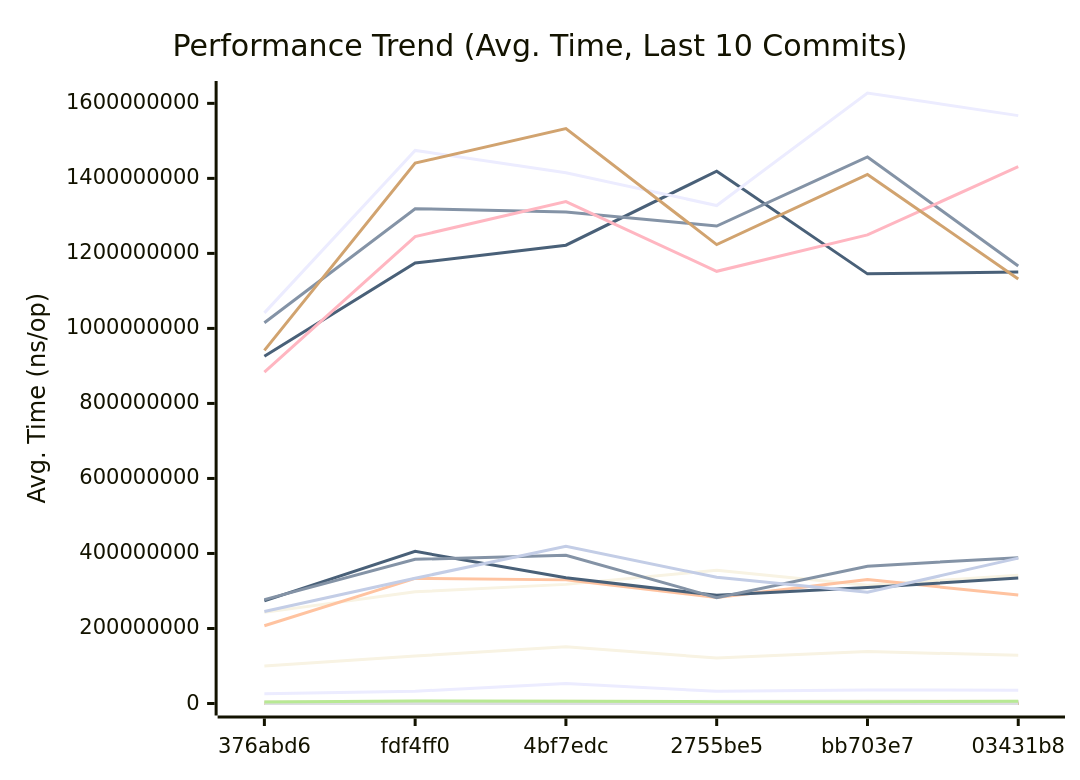
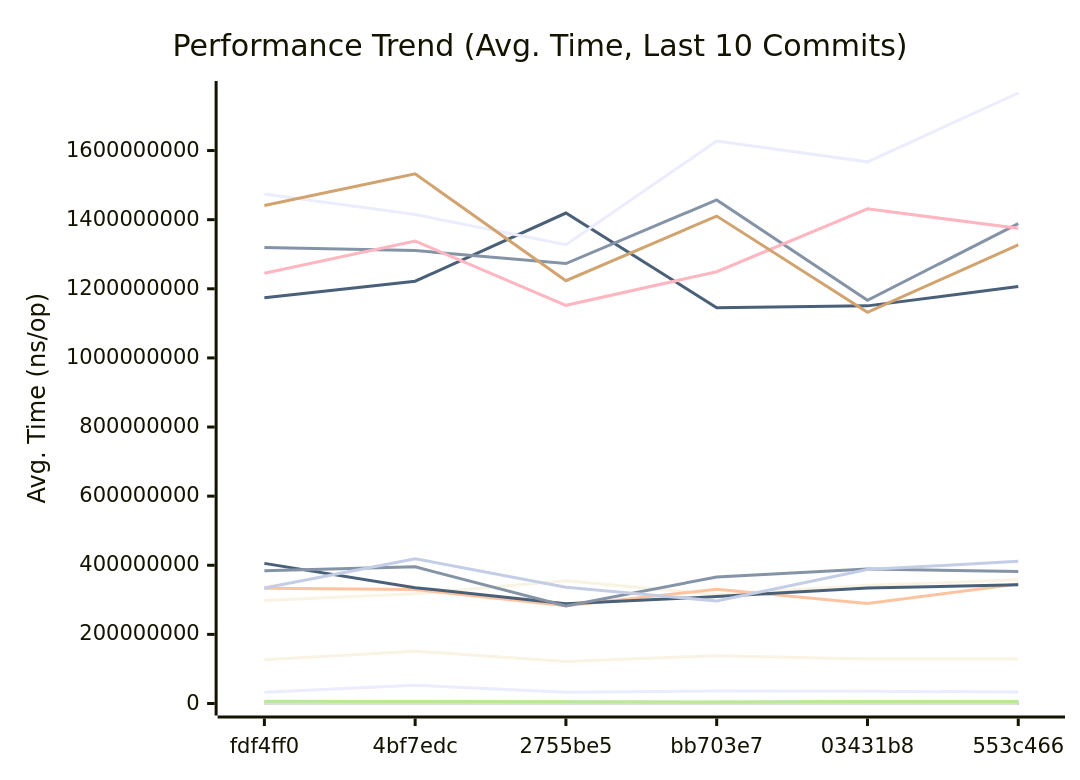
Before and after one commit to alsotoes/momo: the first of 3 diagrams in docs/PERFORMANCE.md, drawn with Mermaid. The commit also changed other lines of this file and 2 other files, not shown here.

````diff
--- a/docs/PERFORMANCE.md
+++ b/docs/PERFORMANCE.md
@@ -260,44 +260,44 @@
 ```mermaid
 xychart-beta
     title "Performance Trend (Avg. Time, Last 10 Commits)"
     x-axis "Commit"
     y-axis "Avg. Time (ns/op)"
-    x-axis [376abd6,fdf4ff0,4bf7edc,2755be5,bb703e7,03431b8]
-    line "AWSChunkedReaderSigned" [535625,618041,521824,584439,539275,522839,619200,756300,663569,620161]
-    line "AWSChunkedReaderUnsigned" [479460,573661,451522,611665,550355,604498,664009,703433,611889,631352]
-    line "CheckMetricsAndSwap" [10,10,17,10,11,10,10,12,13,11]
-    line "CrushOptimized" [320,458,539,432,471,405,485,513,528,381]
-    line "CrushOriginal" [407,633,730,712,650,699,646,673,697,599]
-    line "FormatListObjectsV2XML_AppendFormat" [627648,848928,1046717,799795,1039816,911991,1056478,1286421,1165434,922011]
-    line "FormatListObjectsV2XML_OldFormat" [408457,535755,745142,464905,458449,554255,545961,720703,674915,518253]
-    line "HashBytes/1MiB" [3592333,5110585,4751175,5064237,4383380,5547571,5240058,5525510,5093044,3747347]
-    line "HashBytes/256MiB" [925707610,1174333367,1221858506,1419279092,1145420213,1150583944,1206314796,1415065243,1121544781,1441434671]
-    line "HashBytes/64MiB" [242948441,297766074,317593619,355000134,315394868,341933076,357748084,272405322,277104353,321801782]
-    line "HashFile/1MiB" [3350950,4950193,5129547,5747827,5999828,5183292,5520031,4909353,4510294,6901410]
-    line "HashFile/256MiB" [1015211606,1319192441,1310601572,1273023822,1457159370,1166573869,1388569817,1761951053,1416186973,1274613971]
-    line "HashFile/64MiB" [207167851,333549904,329592825,282613785,330397537,289173153,345945889,348425613,343417056,354037155]
-    line "IndexDirectTracking" [0,1,1,0,0,1,1,1,1,1]
-    line "IndexSearch" [2,2,5,4,3,3,4,4,4,4]
-    line "LastModifiedHeader_AppendFormat" [228,286,252,340,415,345,364,441,320,312]
-    line "LastModifiedHeader_Format" [285,385,350,398,514,394,431,520,582,394]
-    line "LoadGlobalConfig" [8921,13356,14511,16366,13776,15095,13488,14097,14525,12164]
-    line "LocalWrite/1MiB" [431598,526423,795470,552166,778898,525512,577002,644852,573249,584326]
-    line "LocalWrite/256MiB" [100079806,126435842,151118283,121284509,138380852,128601282,128702495,161190175,125958619,133440934]
-    line "LocalWrite/64MiB" [25874779,32839259,53059327,32531111,36029215,35542782,33119476,44891953,35402077,33399170]
-    line "PadString" [53,71,49,70,69,64,70,76,63,80]
+    x-axis [fdf4ff0,4bf7edc,2755be5,bb703e7,03431b8,553c466]
+    line "AWSChunkedReaderSigned" [618041,521824,584439,539275,522839,619200,756300,663569,620161,606537]
+    line "AWSChunkedReaderUnsigned" [573661,451522,611665,550355,604498,664009,703433,611889,631352,615450]
+    line "CheckMetricsAndSwap" [10,17,10,11,10,10,12,13,11,9]
+    line "CrushOptimized" [458,539,432,471,405,485,513,528,381,489]
+    line "CrushOriginal" [633,730,712,650,699,646,673,697,599,581]
+    line "FormatListObjectsV2XML_AppendFormat" [848928,1046717,799795,1039816,911991,1056478,1286421,1165434,922011,962696]
+    line "FormatListObjectsV2XML_OldFormat" [535755,745142,464905,458449,554255,545961,720703,674915,518253,488621]
+    line "HashBytes/1MiB" [5110585,4751175,5064237,4383380,5547571,5240058,5525510,5093044,3747347,5123782]
+    line "HashBytes/256MiB" [1174333367,1221858506,1419279092,1145420213,1150583944,1206314796,1415065243,1121544781,1441434671,1284521850]
+    line "HashBytes/64MiB" [297766074,317593619,355000134,315394868,341933076,357748084,272405322,277104353,321801782,289844742]
+    line "HashFile/1MiB" [4950193,5129547,5747827,5999828,5183292,5520031,4909353,4510294,6901410,4299477]
+    line "HashFile/256MiB" [1319192441,1310601572,1273023822,1457159370,1166573869,1388569817,1761951053,1416186973,1274613971,1030231274]
+    line "HashFile/64MiB" [333549904,329592825,282613785,330397537,289173153,345945889,348425613,343417056,354037155,260223898]
+    line "IndexDirectTracking" [1,1,0,0,1,1,1,1,1,0]
+    line "IndexSearch" [2,5,4,3,3,4,4,4,4,4]
+    line "LastModifiedHeader_AppendFormat" [286,252,340,415,345,364,441,320,312,319]
+    line "LastModifiedHeader_Format" [385,350,398,514,394,431,520,582,394,406]
+    line "LoadGlobalConfig" [13356,14511,16366,13776,15095,13488,14097,14525,12164,12907]
+    line "LocalWrite/1MiB" [526423,795470,552166,778898,525512,577002,644852,573249,584326,612314]
+    line "LocalWrite/256MiB" [126435842,151118283,121284509,138380852,128601282,128702495,161190175,125958619,133440934,107404943]
+    line "LocalWrite/64MiB" [32839259,53059327,32531111,36029215,35542782,33119476,44891953,35402077,33399170,28308935]
+    line "PadString" [71,49,70,69,64,70,76,63,80,61]
     line "ParseReplicationOrder_NoPrealloc" [350,349,357,354,345,225,229,165,232,234]
     line "ParseReplicationOrder_Prealloc" [229,231,237,234,229,108,107,80,110,109]
-    line "Placement" [4621,6718,8505,7344,6922,7453,7406,7040,7327,6313]
-    line "PlacementDomainSpread" [5023,6553,8563,7236,7465,7811,7868,7303,7101,6619]
-    line "ReadVerify/1MiB" [3596845,4460850,5088522,3970325,4753309,4723356,4600918,6614208,4999715,4807436]
-    line "ReadVerify/256MiB" [883417974,1244837167,1337973310,1152182050,1249327431,1431247520,1374887457,1179131329,1513480600,1025626350]
-    line "ReadVerify/64MiB" [273582930,405518693,335223998,288365836,309264832,334268234,343492740,297878657,337113294,296627981]
-    line "S3PutSpool/1MiB" [4494504,5795780,6486611,5066289,6659391,6179992,6697030,5335678,5117449,4156487]
-    line "S3PutSpool/256MiB" [1041459785,1474423367,1414994967,1327631659,1627622695,1567298391,1766547568,1781197744,1337418784,1086529024]
-    line "S3PutSpool/64MiB" [277039985,384356699,395378107,282251478,366146558,388891982,382189999,404192768,401720115,306669378]
-    line "SanitizeLog/Safe" [295,361,256,386,270,283,316,423,332,390]
-    line "SanitizeLog/Unsafe" [922,1091,801,1163,1016,1039,1170,1356,1050,1036]
-    line "TrustedRead/1MiB" [4063744,6459603,5688219,4848751,4607932,6032847,6124228,5111302,5878450,3751975]
-    line "TrustedRead/256MiB" [941546678,1440831398,1532603475,1223453299,1410403058,1131933188,1326976357,1259207320,1168045663,1223117446]
-    line "TrustedRead/64MiB" [245169178,333995810,418960245,336501521,296487000,387555406,411444369,337664579,350083685,287609190]
+    line "Placement" [6718,8505,7344,6922,7453,7406,7040,7327,6313,6933]
+    line "PlacementDomainSpread" [6553,8563,7236,7465,7811,7868,7303,7101,6619,8426]
+    line "ReadVerify/1MiB" [4460850,5088522,3970325,4753309,4723356,4600918,6614208,4999715,4807436,3448579]
+    line "ReadVerify/256MiB" [1244837167,1337973310,1152182050,1249327431,1431247520,1374887457,1179131329,1513480600,1025626350,1253185341]
+    line "ReadVerify/64MiB" [405518693,335223998,288365836,309264832,334268234,343492740,297878657,337113294,296627981,281005831]
+    line "S3PutSpool/1MiB" [5795780,6486611,5066289,6659391,6179992,6697030,5335678,5117449,4156487,6430516]
+    line "S3PutSpool/256MiB" [1474423367,1414994967,1327631659,1627622695,1567298391,1766547568,1781197744,1337418784,1086529024,1304364707]
+    line "S3PutSpool/64MiB" [384356699,395378107,282251478,366146558,388891982,382189999,404192768,401720115,306669378,354128133]
+    line "SanitizeLog/Safe" [361,256,386,270,283,316,423,332,390,316]
+    line "SanitizeLog/Unsafe" [1091,801,1163,1016,1039,1170,1356,1050,1036,1076]
+    line "TrustedRead/1MiB" [6459603,5688219,4848751,4607932,6032847,6124228,5111302,5878450,3751975,4741810]
+    line "TrustedRead/256MiB" [1440831398,1532603475,1223453299,1410403058,1131933188,1326976357,1259207320,1168045663,1223117446,1462605918]
+    line "TrustedRead/64MiB" [333995810,418960245,336501521,296487000,387555406,411444369,337664579,350083685,287609190,397868130]
 ```
````
